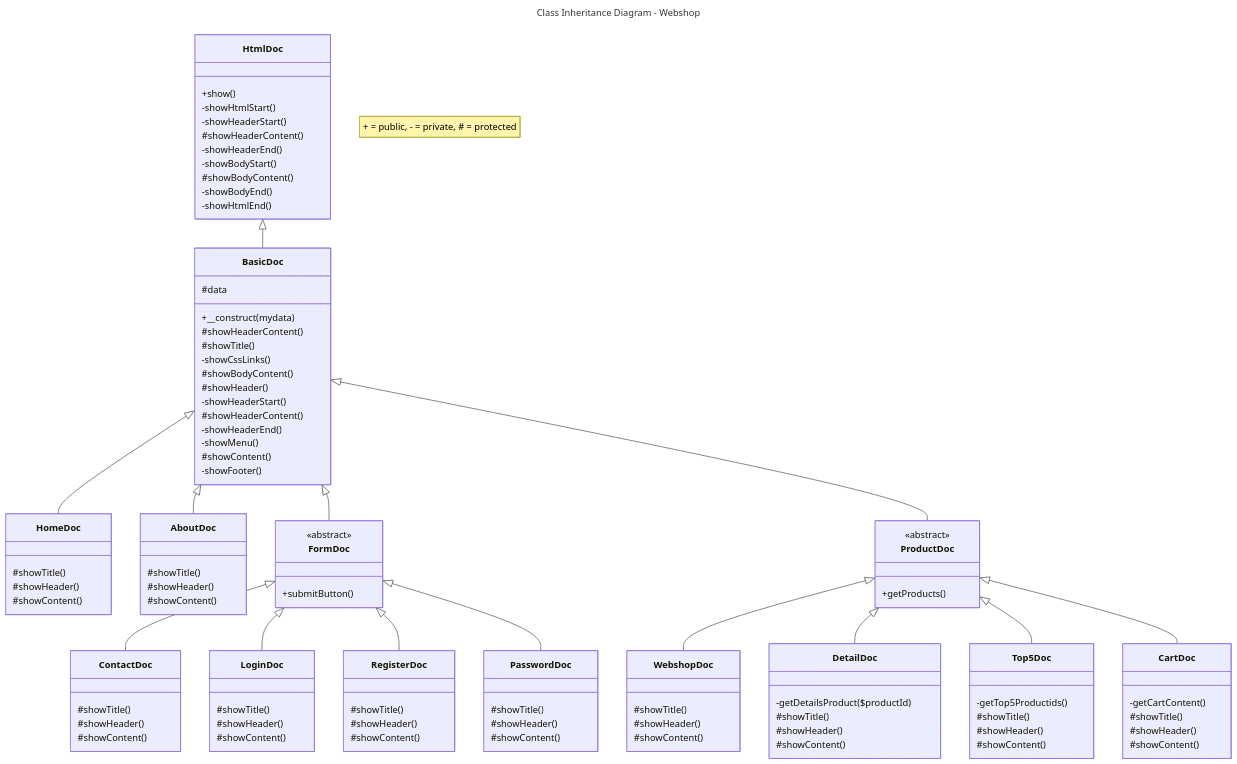
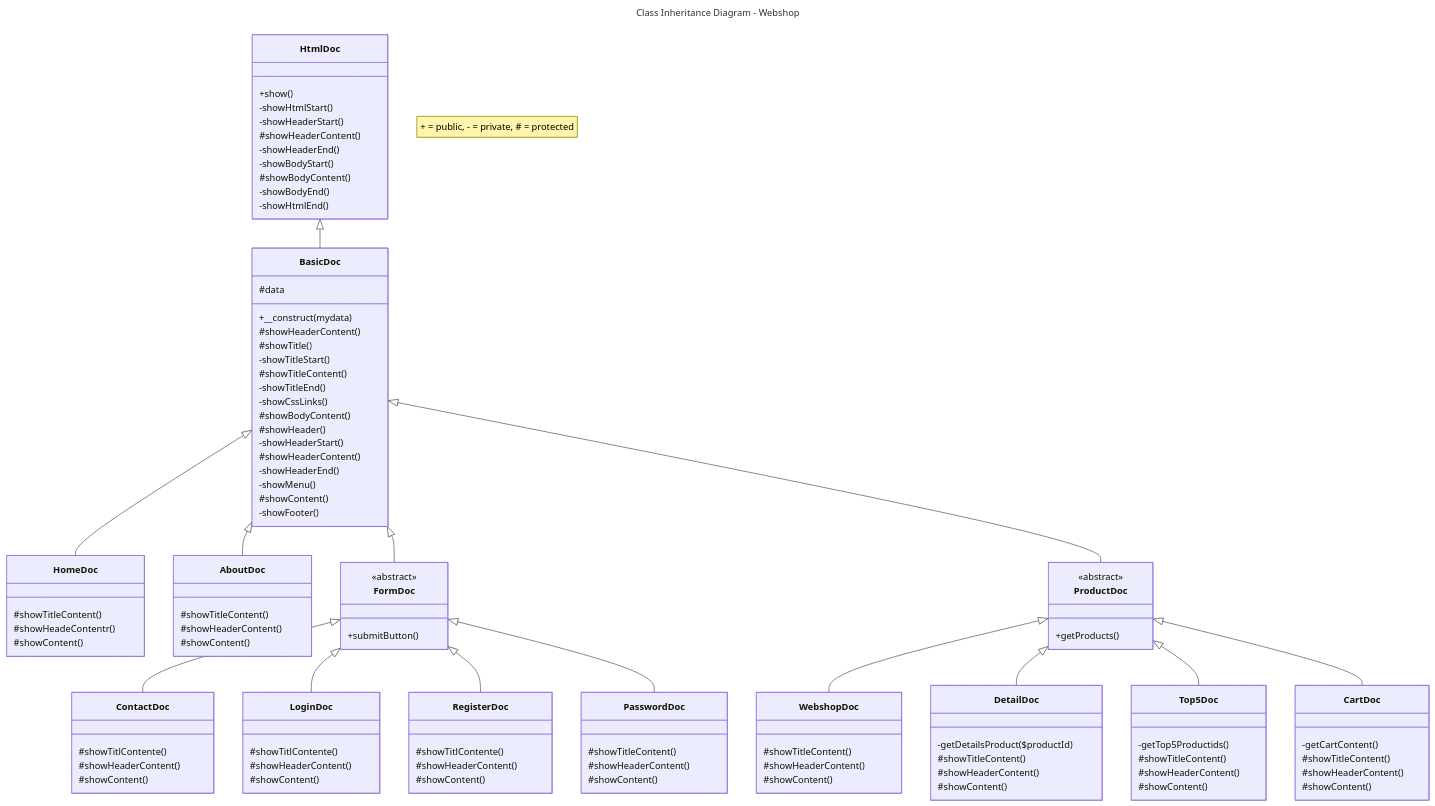
The diagram in Diagrams/class-inheritance-diagram-webshop.md (JeroenHeemskerk/educom-webshop-oop-1708595373), drawn with Mermaid before and after one commit.

```diff
--- a/Diagrams/class-inheritance-diagram-webshop.md
+++ b/Diagrams/class-inheritance-diagram-webshop.md
@@ -38,6 +38,9 @@
         +__construct(mydata)
         #showHeaderContent()
         #showTitle()
+        -showTitleStart()
+        #showTitleContent()
+        -showTitleEnd()
         -showCssLinks()
         #showBodyContent()
         #showHeader()
@@ -49,13 +52,13 @@
         -showFooter()
     }
     class HomeDoc{
-        #showTitle()
-        #showHeader()
+        #showTitleContent()
+        #showHeadeContentr()
         #showContent()
     }
     class AboutDoc{
-        #showTitle()
-        #showHeader()
+        #showTitleContent()
+        #showHeaderContent()
         #showContent()
     }
     class FormDoc{
@@ -63,23 +66,23 @@
         +submitButton()
     }
     class ContactDoc{
-        #showTitle()
-        #showHeader()
+        #showTitlContente()
+        #showHeaderContent()
         #showContent()
     }
     class LoginDoc{
-        #showTitle()
-        #showHeader()
+        #showTitlContente()
+        #showHeaderContent()
         #showContent()
     }
     class RegisterDoc{
-        #showTitle()
-        #showHeader()
+        #showTitlContente()
+        #showHeaderContent()
         #showContent()
     }
     class PasswordDoc{
-        #showTitle()
-        #showHeader()
+        #showTitleContent()
+        #showHeaderContent()
         #showContent()
     }
 
@@ -89,29 +92,29 @@
     }
 
     class WebshopDoc{
-        #showTitle()
-        #showHeader()
+        #showTitleContent()
+        #showHeaderContent()
         #showContent()
     }
 
     class Top5Doc{
         -getTop5Productids()
-        #showTitle()
-        #showHeader()
+        #showTitleContent()
+        #showHeaderContent()
         #showContent()
     }
 
     class DetailDoc{
         -getDetailsProduct($productId)
-        #showTitle()
-        #showHeader()
+        #showTitleContent()
+        #showHeaderContent()
         #showContent()
     }
 
     class CartDoc{
         -getCartContent()
-        #showTitle()
-        #showHeader()
+        #showTitleContent()
+        #showHeaderContent()
         #showContent()
     }
 
```
